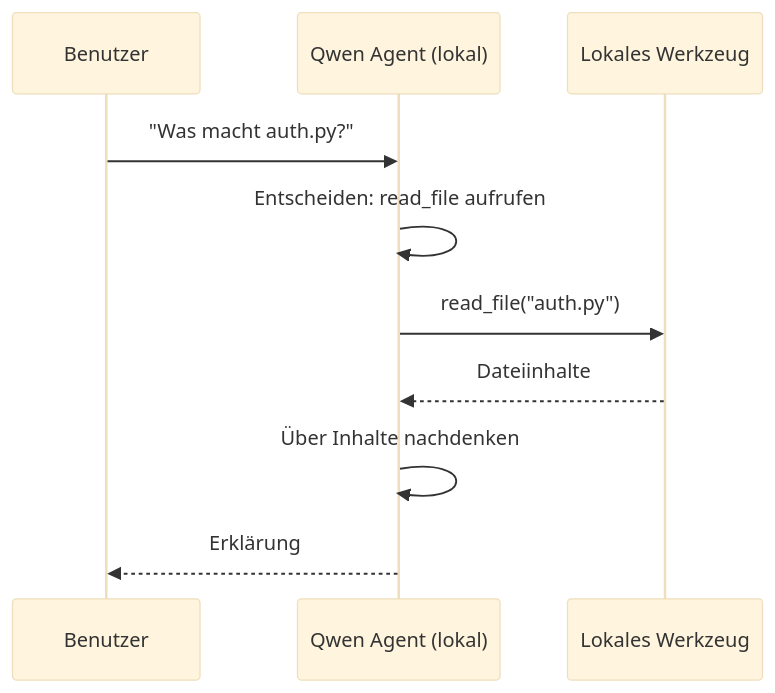
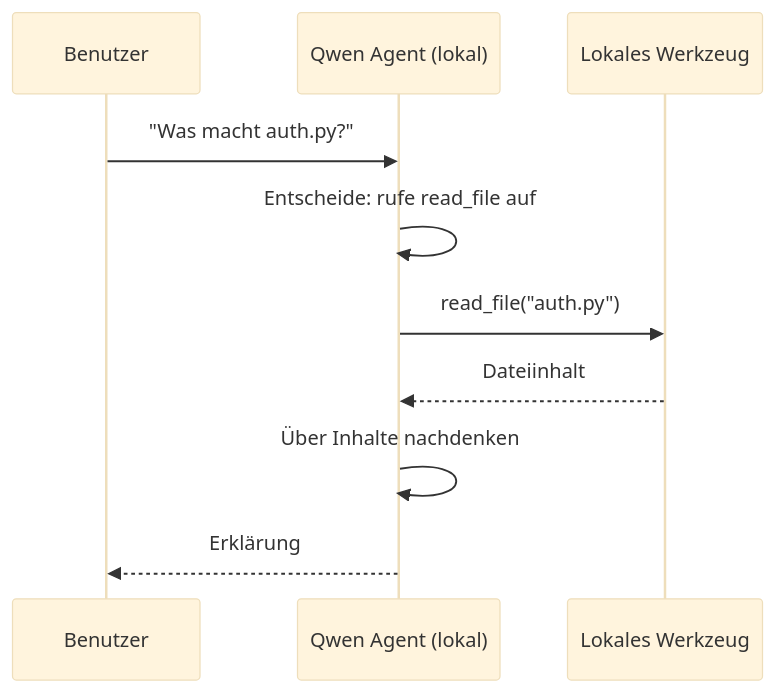
Before and after one commit to microsoft/ai-agents-for-beginners: the second of 4 diagrams in translations/de/17-creating-local-ai-agents/README.md, drawn with Mermaid (base theme). The commit also changed other lines of this file and 47 other files, not shown here.

````diff
--- a/translations/de/17-creating-local-ai-agents/README.md
+++ b/translations/de/17-creating-local-ai-agents/README.md
@@ -106,12 +106,12 @@
 ```mermaid
 sequenceDiagram
     participant U as Benutzer
     participant A as Qwen Agent (lokal)
     participant T as Lokales Werkzeug
     U->>A: "Was macht auth.py?"
-    A->>A: Entscheiden: read_file aufrufen
+    A->>A: Entscheide: rufe read_file auf
     A->>T: read_file("auth.py")
-    T-->>A: Dateiinhalte
+    T-->>A: Dateiinhalt
     A->>A: Über Inhalte nachdenken
     A-->>U: Erklärung
 ```
````
